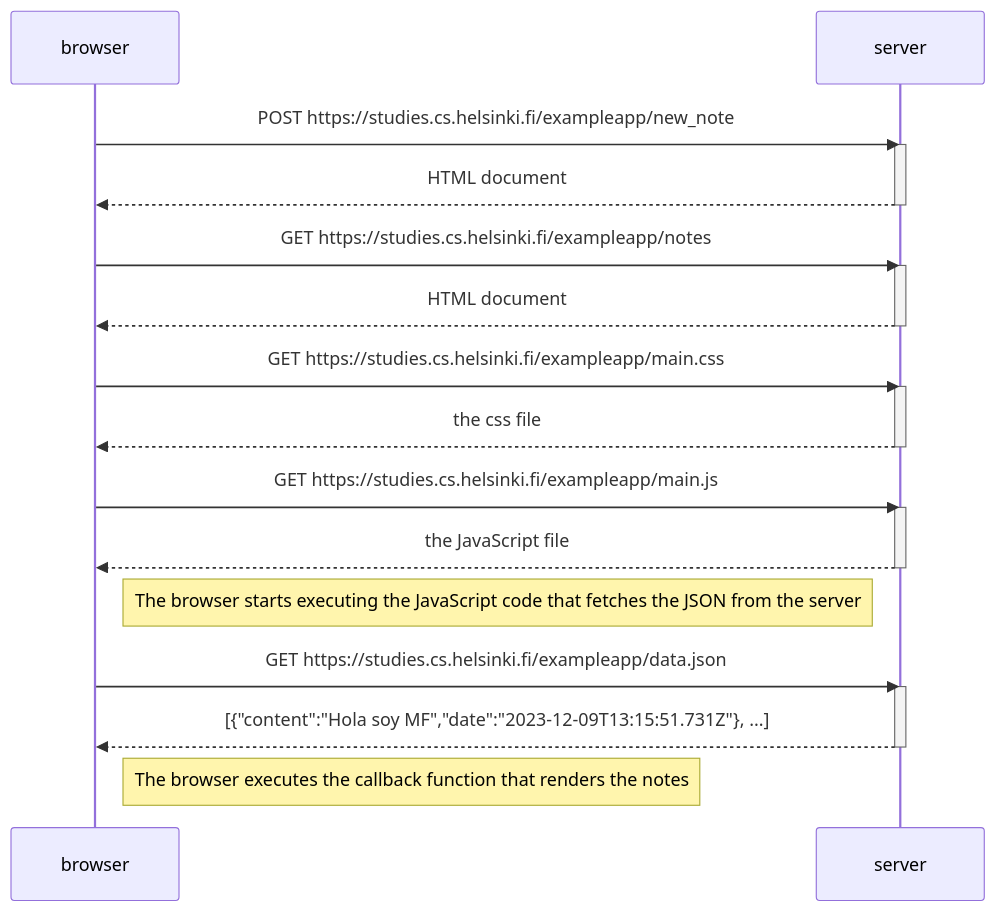
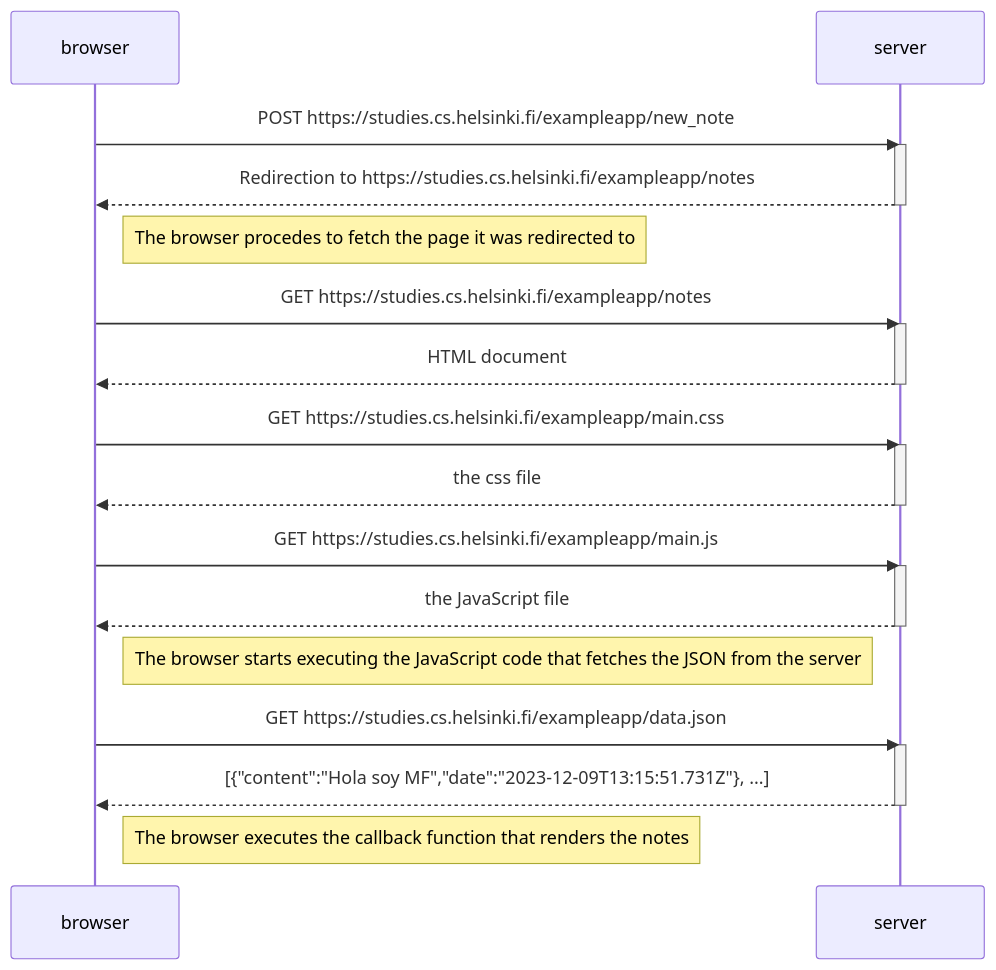
Before and after one commit to RHL120/full_stack: the diagram in part0/ex4_new_note_diagram.md, drawn with Mermaid.

````diff
--- a/part0/ex4_new_note_diagram.md
+++ b/part0/ex4_new_note_diagram.md
@@ -1,34 +1,35 @@
 ```mermaid
 sequenceDiagram
     participant browser
     participant server
 
     browser->>server: POST https://studies.cs.helsinki.fi/exampleapp/new_note
     activate server
-    server-->>browser: HTML document
+    server-->>browser: Redirection to https://studies.cs.helsinki.fi/exampleapp/notes
     deactivate server
+    Note right of browser: The browser procedes to fetch the page it was redirected to
 
     browser->>server: GET https://studies.cs.helsinki.fi/exampleapp/notes
     activate server
     server-->>browser: HTML document
     deactivate server
 
     browser->>server: GET https://studies.cs.helsinki.fi/exampleapp/main.css
     activate server
     server-->>browser: the css file
     deactivate server
 
     browser->>server: GET https://studies.cs.helsinki.fi/exampleapp/main.js
     activate server
     server-->>browser: the JavaScript file
     deactivate server
 
     Note right of browser: The browser starts executing the JavaScript code that fetches the JSON from the server
 
     browser->>server: GET https://studies.cs.helsinki.fi/exampleapp/data.json
     activate server
     server-->>browser: [{"content":"Hola soy MF","date":"2023-12-09T13:15:51.731Z"}, ...]
     deactivate server
 
     Note right of browser: The browser executes the callback function that renders the notes
 ```
````
